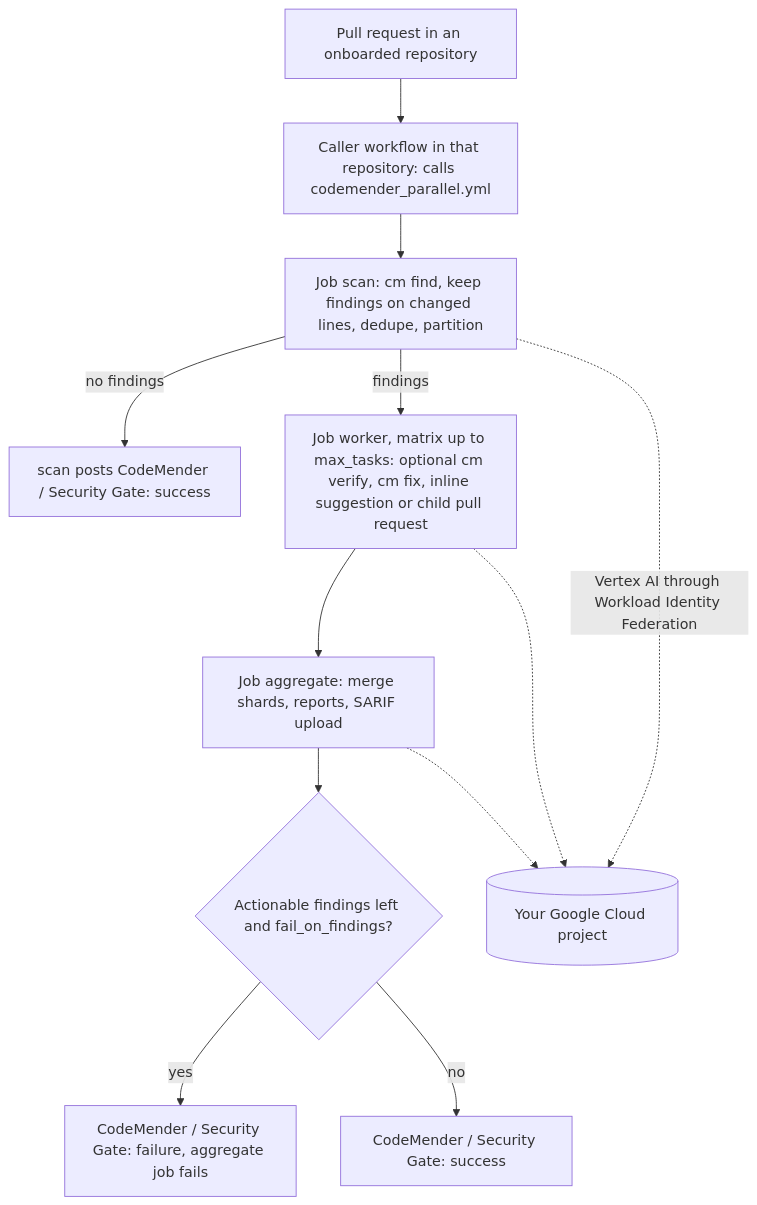
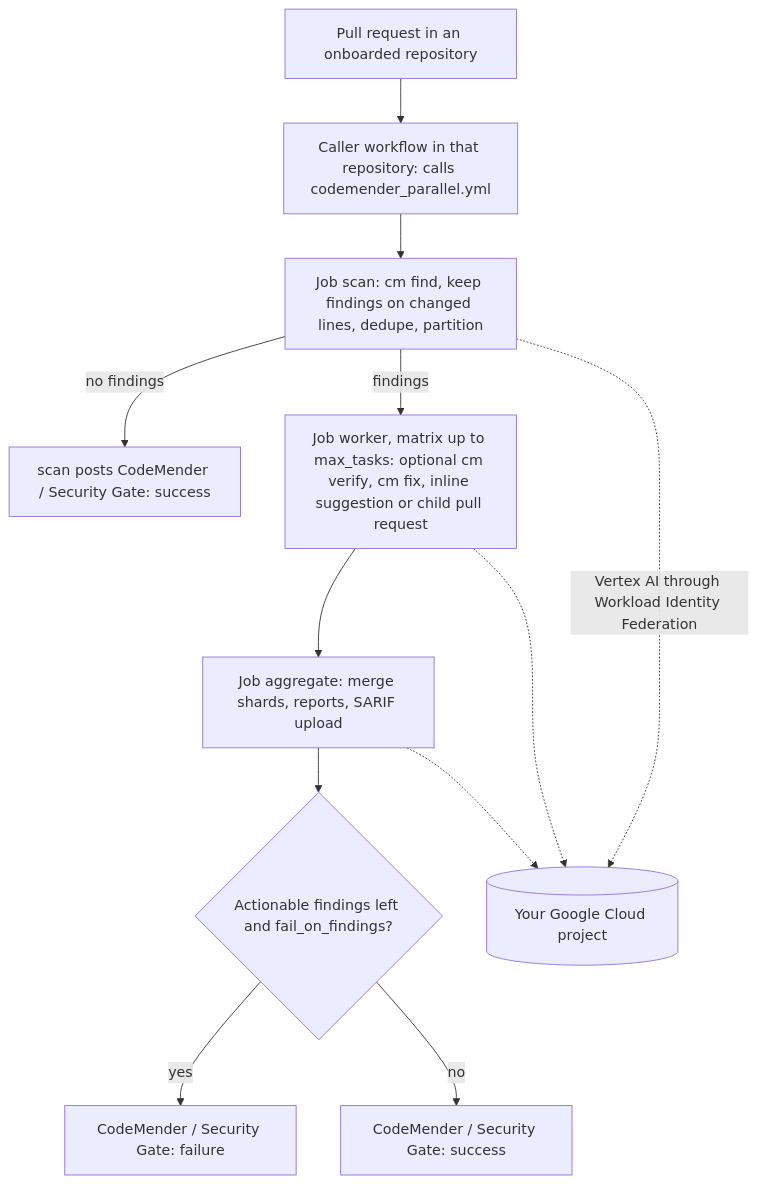
Before and after one commit to niteshtadepalli/bokeh: the second of 3 diagrams in docs/customer/how_it_works.md, drawn with Mermaid. The commit also changed 2 other files, not shown here.

Commit message:
docs: correct the pull request gate diagram and scheduler_paused default
The aggregate job posts a failing CodeMender / Security Gate status but
does not itself fail, so the diagram no longer says it does. The
scheduler_paused default is false; only the example file sets it to true.
Also reword the dependency-updates sentence in the GitOps guide.

````diff
--- a/docs/customer/how_it_works.md
+++ b/docs/customer/how_it_works.md
@@ -78,14 +78,14 @@
 ```mermaid
 flowchart TD
   pr["Pull request in an onboarded repository"] --> caller["Caller workflow in that repository: calls codemender_parallel.yml"]
   caller --> scan["Job scan: cm find, keep findings on changed lines, dedupe, partition"]
   scan -- "no findings" --> pass["scan posts CodeMender / Security Gate: success"]
   scan -- "findings" --> worker["Job worker, matrix up to max_tasks: optional cm verify, cm fix, inline suggestion or child pull request"]
   worker --> agg["Job aggregate: merge shards, reports, SARIF upload"]
   agg --> gate{"Actionable findings left and fail_on_findings?"}
-  gate -- "yes" --> fail["CodeMender / Security Gate: failure, aggregate job fails"]
+  gate -- "yes" --> fail["CodeMender / Security Gate: failure"]
   gate -- "no" --> ok["CodeMender / Security Gate: success"]
   scan -. "Vertex AI through Workload Identity Federation" .-> gcp[("Your Google Cloud project")]
   worker -.-> gcp
   agg -.-> gcp
 ```
````
